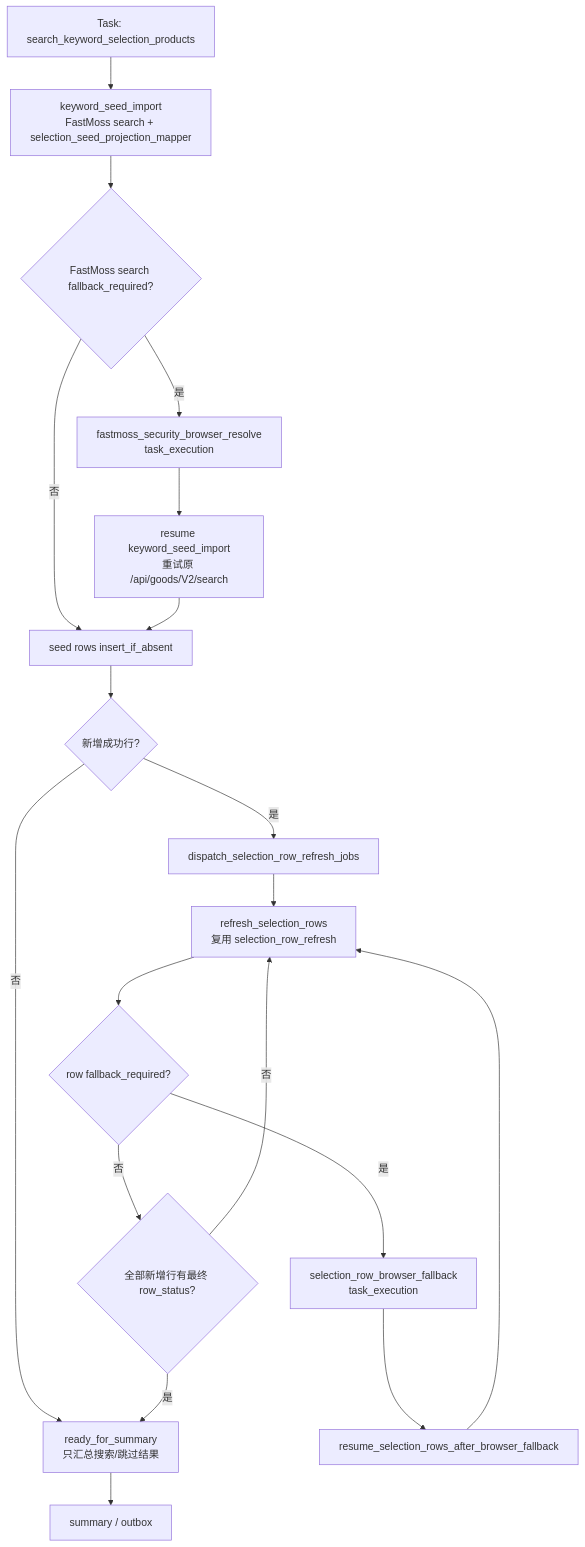
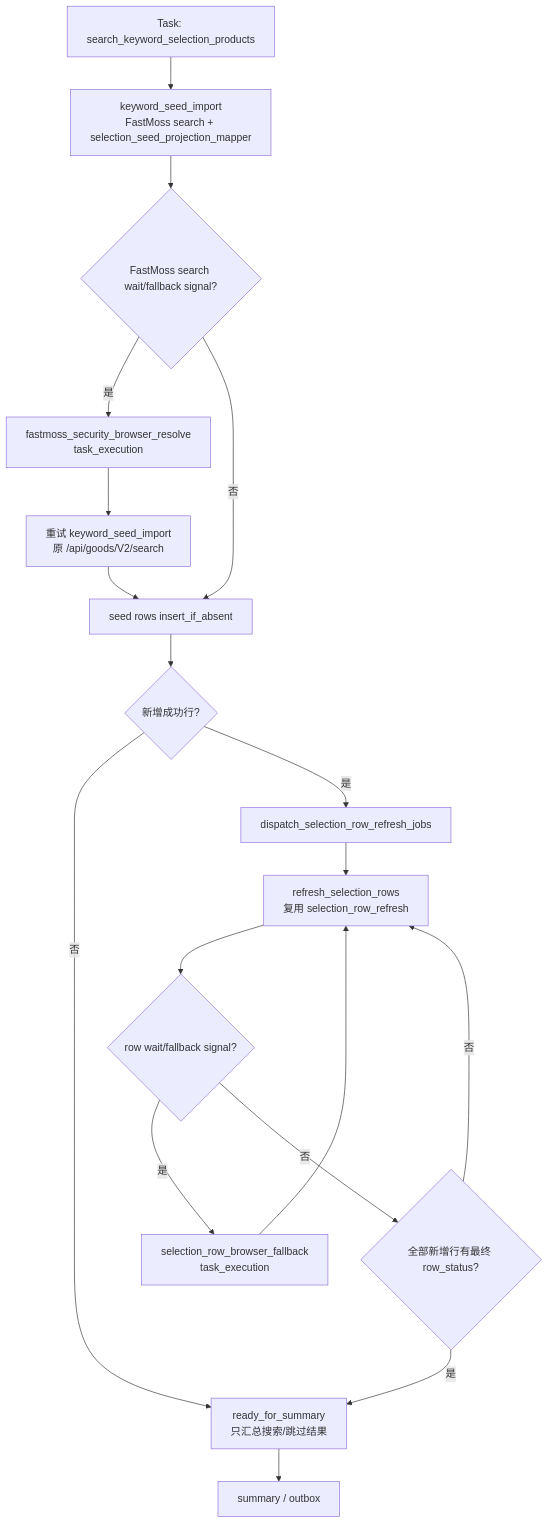
One commit to knighterrantsky/mujitask changed the third of 5 diagrams in docs/arch/workflow-selection-table-design.md. Above: the diagram before and after it, drawn with Mermaid. The commit also changed other lines of this file and 89 other files, not shown here.

Commit message:
refactor(runtime): remove resume fallback stages

````diff
--- a/docs/arch/workflow-selection-table-design.md
+++ b/docs/arch/workflow-selection-table-design.md
@@ -112,21 +114,20 @@
 ```mermaid
 flowchart TD
     A["Task: search_keyword_selection_products"] --> B["keyword_seed_import<br/>FastMoss search + selection_seed_projection_mapper"]
-    B --> C{"FastMoss search fallback_required?"}
+    B --> C{"FastMoss search wait/fallback signal?"}
     C -->|是| D["fastmoss_security_browser_resolve<br/>task_execution"]
-    D --> E["resume keyword_seed_import<br/>重试原 /api/goods/V2/search"]
+    D --> E["重试 keyword_seed_import<br/>原 /api/goods/V2/search"]
     C -->|否| F["seed rows insert_if_absent"]
     E --> F
     F --> G{"新增成功行?"}
     G -->|否| H["ready_for_summary<br/>只汇总搜索/跳过结果"]
     G -->|是| I["dispatch_selection_row_refresh_jobs"]
     I --> J["refresh_selection_rows<br/>复用 selection_row_refresh"]
-    J --> K{"row fallback_required?"}
+    J --> K{"row wait/fallback signal?"}
     K -->|是| L["selection_row_browser_fallback<br/>task_execution"]
-    L --> M["resume_selection_rows_after_browser_fallback"]
-    M --> J
+    L --> J
     K -->|否| N{"全部新增行有最终 row_status?"}
     N -->|否| J
     N -->|是| H
     H --> O["summary / outbox"]
 ```
````
